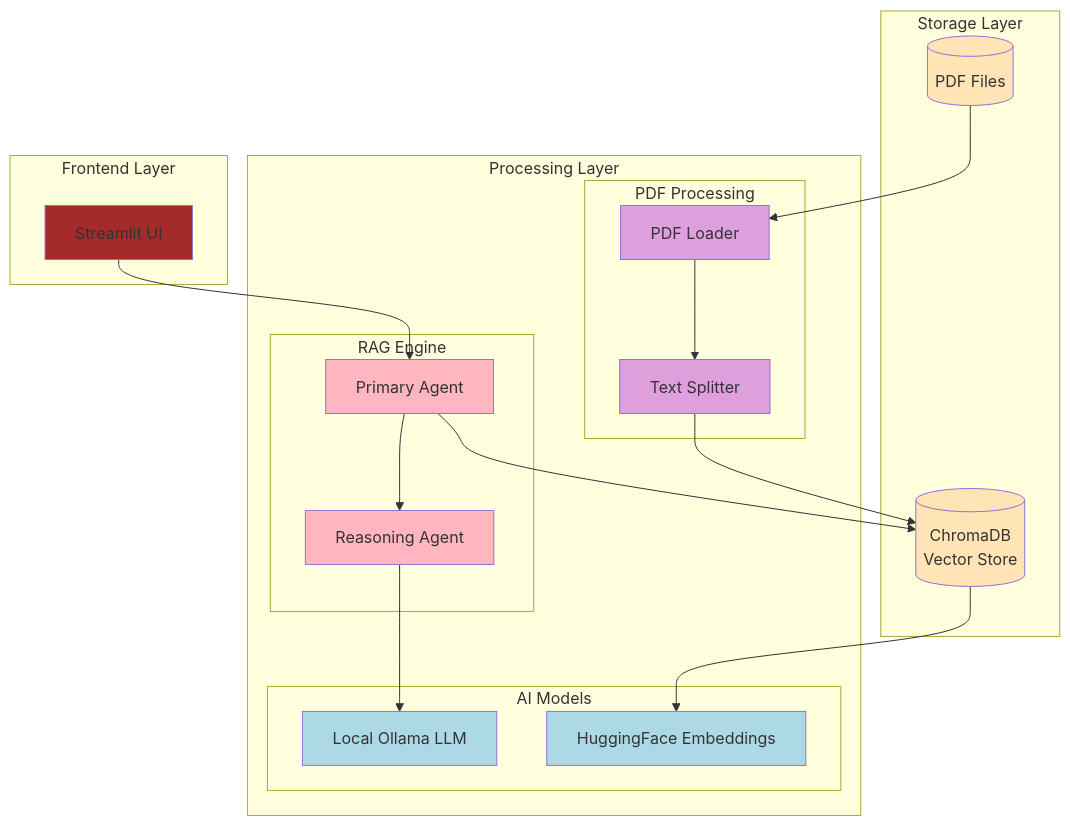
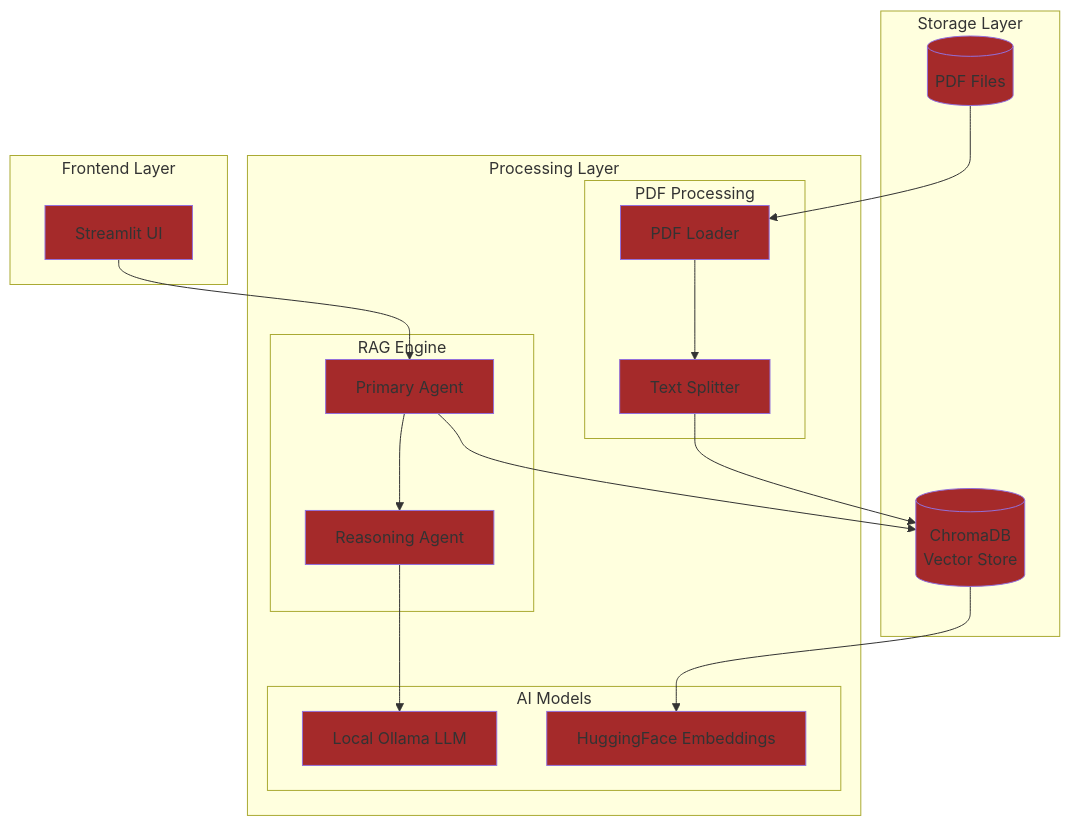
One commit to nivishan-data/basic_rag changed the first of 2 diagrams in architecture.md. Above: the diagram before and after it, drawn with Mermaid. The commit also changed other lines of this file, not shown here.

Commit message:
Project Architecture2

````diff
--- a/architecture.md
+++ b/architecture.md
@@ -4,51 +4,51 @@
 ```mermaid
 graph TB
     subgraph Frontend["Frontend Layer"]
         ST[Streamlit UI]
         style ST fill:#A52A2A
     end
 
     subgraph Processing["Processing Layer"]
         subgraph RAG["RAG Engine"]
             PA[Primary Agent]
             RA[Reasoning Agent]
-            style PA fill:#FFB6C1
-            style RA fill:#FFB6C1
+            style PA fill:#A52A2A
+            style RA fill:#A52A2A
         end
         
         subgraph Models["AI Models"]
             LLM[Local Ollama LLM]
             EMB[HuggingFace Embeddings]
-            style LLM fill:#ADD8E6
-            style EMB fill:#ADD8E6
+            style LLM fill:#A52A2A
+            style EMB fill:#A52A2A
         end
         
         subgraph Ingestion["PDF Processing"]
             PL[PDF Loader]
             TS[Text Splitter]
-            style PL fill:#DDA0DD
-            style TS fill:#DDA0DD
+            style PL fill:#A52A2A
+            style TS fill:#A52A2A
         end
     end
 
     subgraph Storage["Storage Layer"]
         VDB[(ChromaDB<br/>Vector Store)]
         PDFs[(PDF Files)]
-        style VDB fill:#FFE4B5
-        style PDFs fill:#FFE4B5
+        style VDB fill:#A52A2A
+        style PDFs fill:#A52A2A
     end
 
     %% Frontend to Processing connections
     ST --> PA
 
     %% Processing internal connections
     PA --> RA
     PA --> VDB
     RA --> LLM
     PL --> TS
     TS --> VDB
     VDB --> EMB
 
     %% Storage connections
     PDFs --> PL
 ```
````
